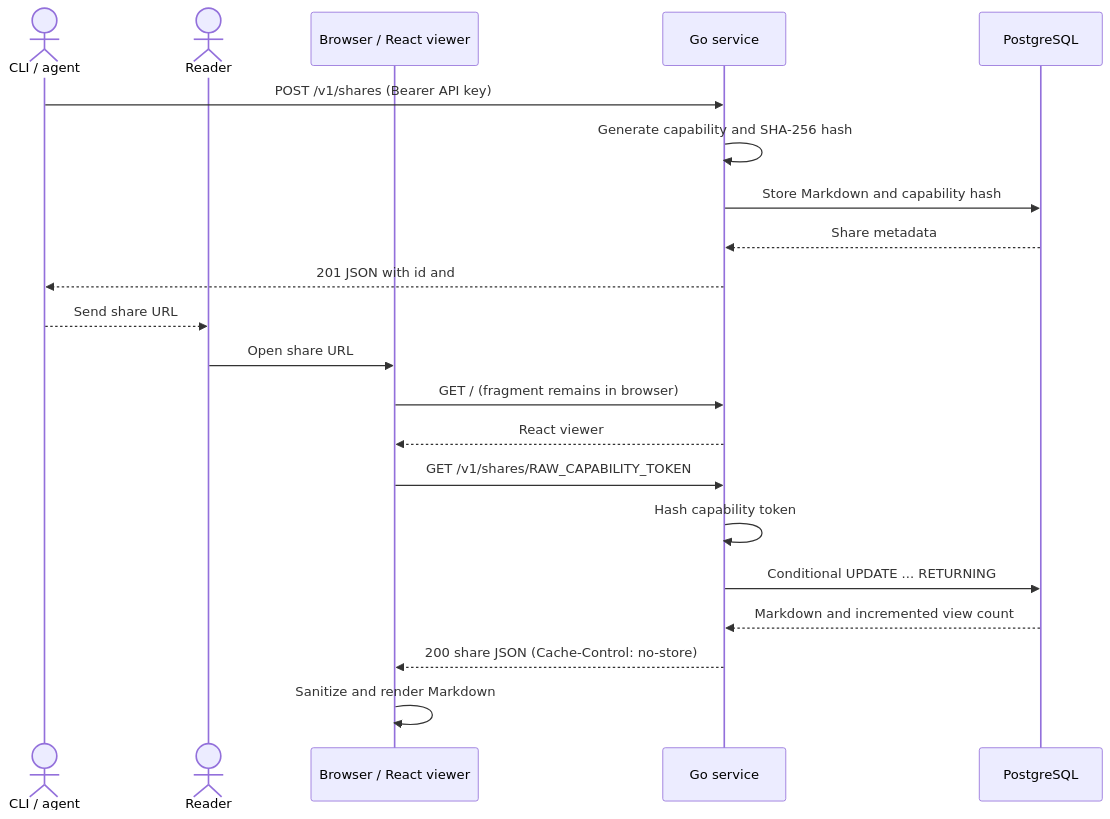
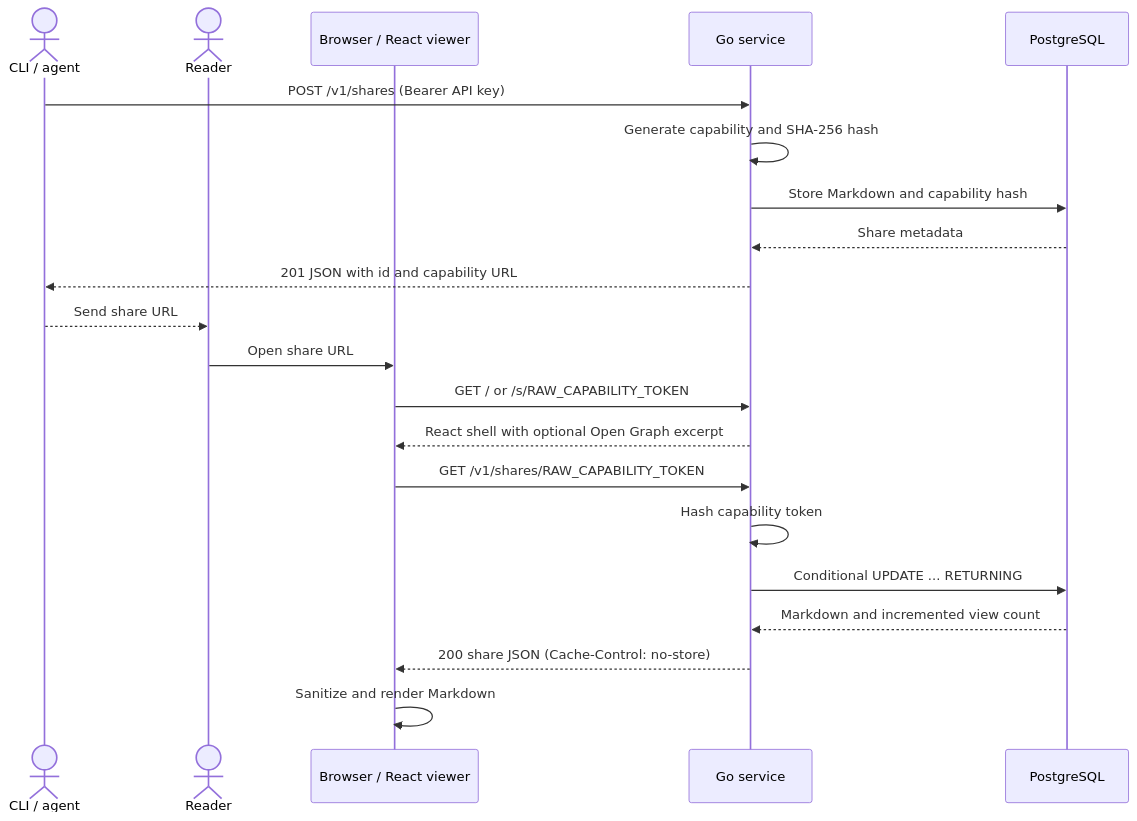
Before and after one commit to narumiruna/morsel: the second of 2 diagrams in README.md, drawn with Mermaid. The commit also changed other lines of this file and 19 other files, not shown here.

````diff
--- a/README.md
+++ b/README.md
@@ -101,24 +104,24 @@
 ```mermaid
 sequenceDiagram
     actor Creator as CLI / agent
     actor Reader
     participant Viewer as Browser / React viewer
     participant Morsel as Go service
     participant DB as PostgreSQL
 
     Creator->>Morsel: POST /v1/shares (Bearer API key)
     Morsel->>Morsel: Generate capability and SHA-256 hash
     Morsel->>DB: Store Markdown and capability hash
     DB-->>Morsel: Share metadata
-    Morsel-->>Creator: 201 JSON with id and #/s/RAW_CAPABILITY_TOKEN URL
+    Morsel-->>Creator: 201 JSON with id and capability URL
     Creator-->>Reader: Send share URL
     Reader->>Viewer: Open share URL
-    Viewer->>Morsel: GET / (fragment remains in browser)
-    Morsel-->>Viewer: React viewer
+    Viewer->>Morsel: GET / or /s/RAW_CAPABILITY_TOKEN
+    Morsel-->>Viewer: React shell with optional Open Graph excerpt
     Viewer->>Morsel: GET /v1/shares/RAW_CAPABILITY_TOKEN
     Morsel->>Morsel: Hash capability token
     Morsel->>DB: Conditional UPDATE ... RETURNING
     DB-->>Morsel: Markdown and incremented view count
     Morsel-->>Viewer: 200 share JSON (Cache-Control: no-store)
     Viewer->>Viewer: Sanitize and render Markdown
 ```
````
